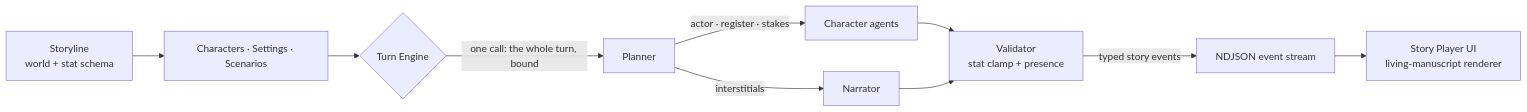
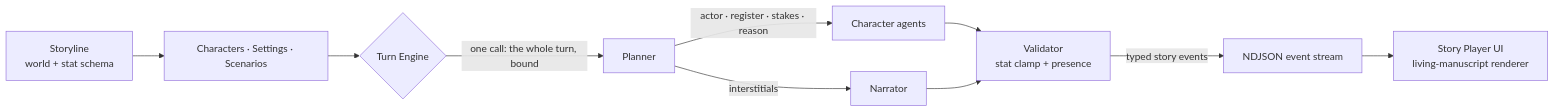
The diagram in README.md (brendondgr/Mytheca), drawn with Mermaid before and after one commit. The commit also changed other lines of this file and 11 other files, not shown here.

````diff
--- a/README.md
+++ b/README.md
@@ -76,11 +46,11 @@
 ```mermaid
 flowchart LR
     A[Storyline<br/>world + stat schema] --> B[Characters · Settings · Scenarios]
     B --> C{Turn Engine}
     C -->|one call: the whole turn, bound| D[Planner]
-    D -->|actor · register · stakes| E[Character agents]
+    D -->|actor · register · stakes · reason| E[Character agents]
     D -->|interstitials| F[Narrator]
     E & F --> G[Validator<br/>stat clamp + presence]
     G -->|typed story events| H[NDJSON event stream]
     H --> I[Story Player UI<br/>living-manuscript renderer]
 ```
````
